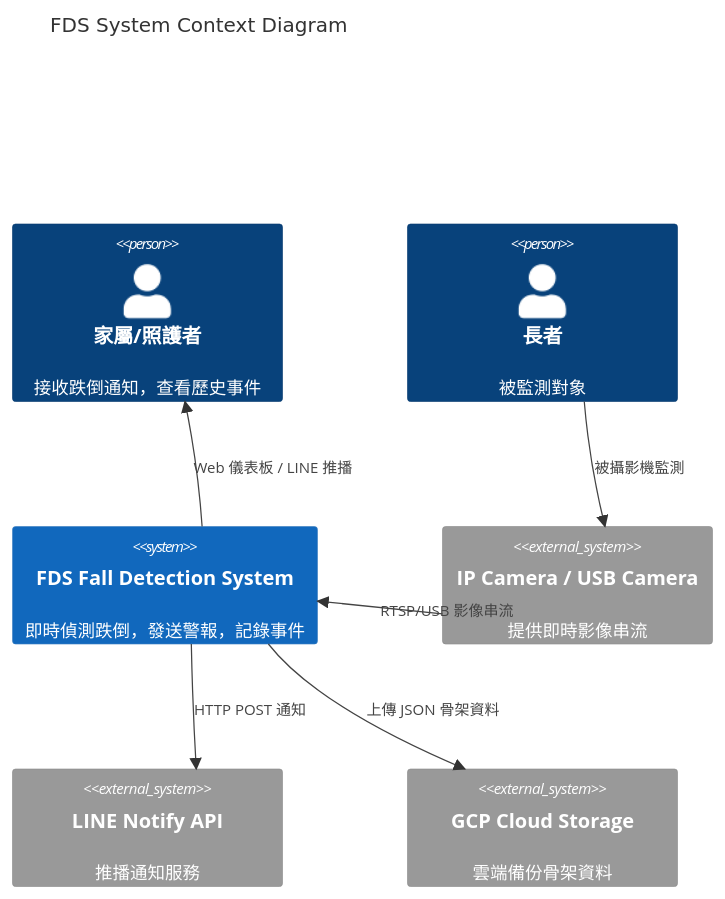
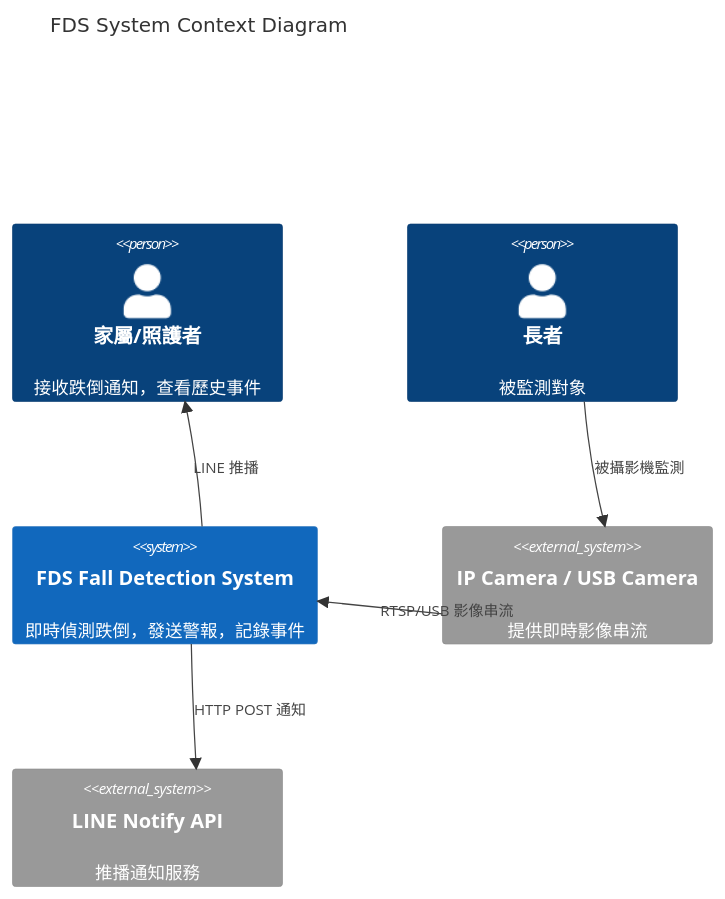
One commit to kionce57/FDS changed the first of 8 diagrams in docs/ARCHITECTURE.md. Above: the diagram before and after it, drawn with Mermaid. The commit also changed other lines of this file, not shown here.

First line of the commit message:
docs: update ARCHITECTURE.md after cloud sync removal

````diff
--- a/docs/ARCHITECTURE.md
+++ b/docs/ARCHITECTURE.md
@@ -32,19 +32,17 @@
 ```mermaid
 C4Context
     title FDS System Context Diagram
 
     Person(user, "家屬/照護者", "接收跌倒通知，查看歷史事件")
     Person(elderly, "長者", "被監測對象")
 
     System(fds, "FDS Fall Detection System", "即時偵測跌倒，發送警報，記錄事件")
 
     System_Ext(camera, "IP Camera / USB Camera", "提供即時影像串流")
     System_Ext(line, "LINE Notify API", "推播通知服務")
-    System_Ext(gcp, "GCP Cloud Storage", "雲端備份骨架資料")
 
     Rel(camera, fds, "RTSP/USB 影像串流")
     Rel(fds, line, "HTTP POST 通知")
-    Rel(fds, gcp, "上傳 JSON 骨架資料")
-    Rel(fds, user, "Web 儀表板 / LINE 推播")
+    Rel(fds, user, "LINE 推播")
     Rel(elderly, camera, "被攝影機監測")
 ```
````
